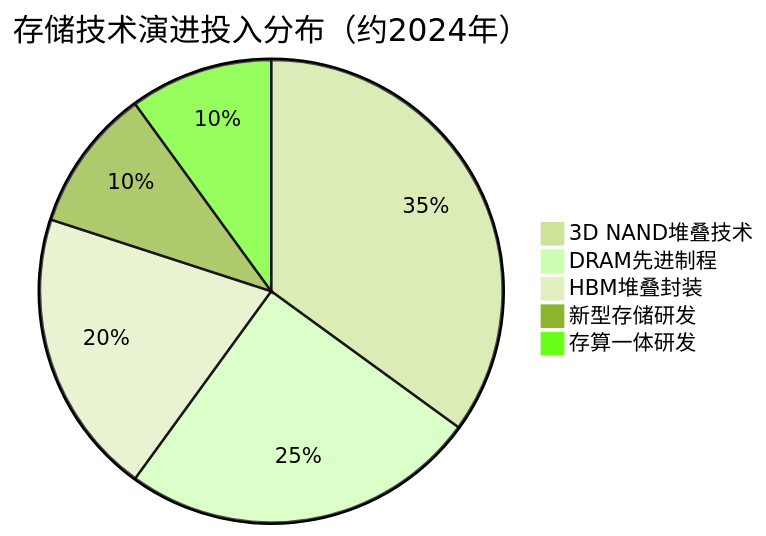
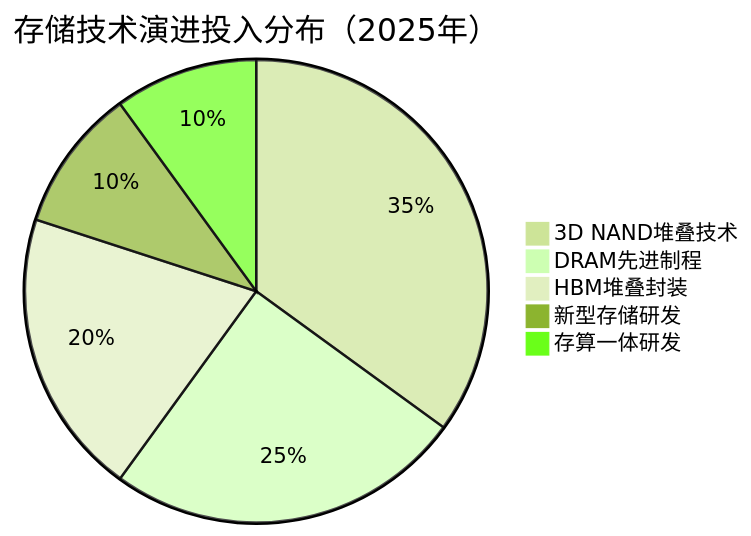
One commit to blueprint1453/industry-insight changed the third of 3 diagrams in 存储产业链/总览/存储技术演进路线.md. Above: the diagram before and after it, drawn with Mermaid (forest theme). The commit also changed other lines of this file and 78 other files, not shown here.

````diff
--- a/存储产业链/总览/存储技术演进路线.md
+++ b/存储产业链/总览/存储技术演进路线.md
@@ -94,8 +94,8 @@
 ```mermaid
-pie title 存储技术演进投入分布（约2024年）
+pie title 存储技术演进投入分布（2025年）
     "3D NAND堆叠技术" : 35
     "DRAM先进制程" : 25
     "HBM堆叠封装" : 20
     "新型存储研发" : 10
     "存算一体研发" : 10
 ```
````
